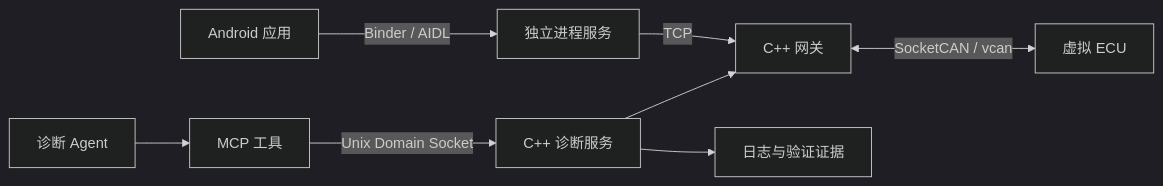
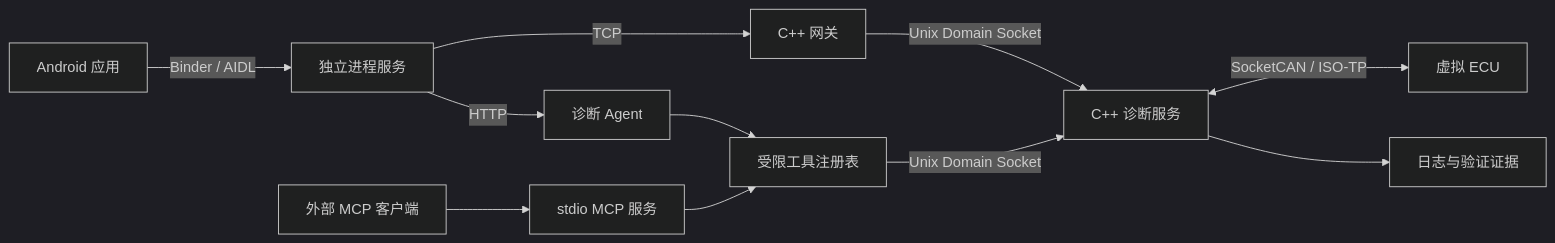
Before and after one commit to W-L-D-B/AutoDiag-Agent: the diagram in docs/项目设计.md, drawn with Mermaid (dark theme). The commit also changed other lines of this file and 10 other files, not shown here.

````diff
--- a/docs/项目设计.md
+++ b/docs/项目设计.md
@@ -19,10 +19,13 @@
 ```mermaid
 flowchart LR
     UI[Android 应用] -->|Binder / AIDL| AS[独立进程服务]
     AS -->|TCP| GW[C++ 网关]
-    AG[诊断 Agent] --> MP[MCP 工具]
+    AS -->|HTTP| AG[诊断 Agent]
+    AG --> MP[受限工具注册表]
+    MC[外部 MCP 客户端] --> MS[stdio MCP 服务]
+    MS --> MP
     MP -->|Unix Domain Socket| DS[C++ 诊断服务]
-    DS --> GW
-    GW <-->|SocketCAN / vcan| EC[虚拟 ECU]
+    GW -->|Unix Domain Socket| DS
+    DS <-->|SocketCAN / ISO-TP| EC[虚拟 ECU]
     DS --> EV[日志与验证证据]
 ```
````
